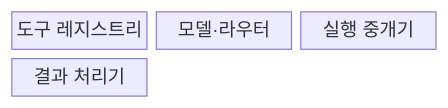
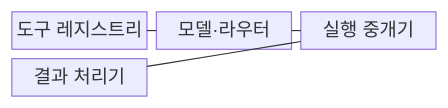
One commit to agnusdei1207/knowledge-base changed the first of 2 diagrams in src/content/docs/notes/08-latest-tech/004_tool_use.md. Above: the diagram before and after it, drawn with Mermaid. The commit also changed other lines of this file and 228 other files, not shown here.

````diff
--- a/src/content/docs/notes/08-latest-tech/004_tool_use.md
+++ b/src/content/docs/notes/08-latest-tech/004_tool_use.md
@@ -54,8 +54,11 @@
 ```mermaid
 block-beta
     columns 3
     R["도구 레지스트리"]
     M["모델·라우터"]
     E["실행 중개기"]
     O["결과 처리기"]
+    R --- M
+    M --- E
+    E --- O
 ```
````
